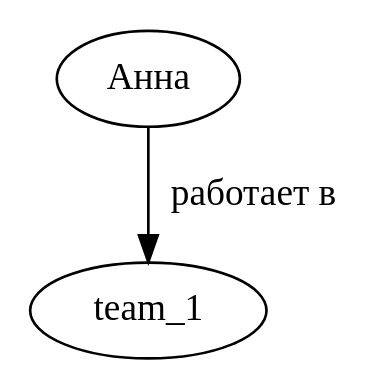
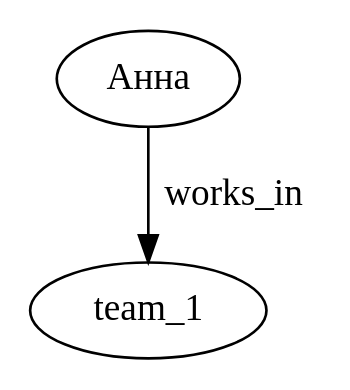
The diagram in examples/dot/missing-node.dot (0408raku3n/python_project), drawn with Graphviz before and after one commit. The commit also changed 6 other files, not shown here.

```diff
--- a/examples/dot/missing-node.dot
+++ b/examples/dot/missing-node.dot
@@ -1,5 +1,5 @@
 digraph "semantic_graph" {
   graph [revision="0", schema_version="1"];
-  "person_1" [label="Анна"];
-  "person_1" -> "team_1" [id="edge_1", label="работает в"];
+  "person_1" [label="Анна", type="person"];
+  "person_1" -> "team_1" [id="edge_1", label="works_in"];
 }
```
